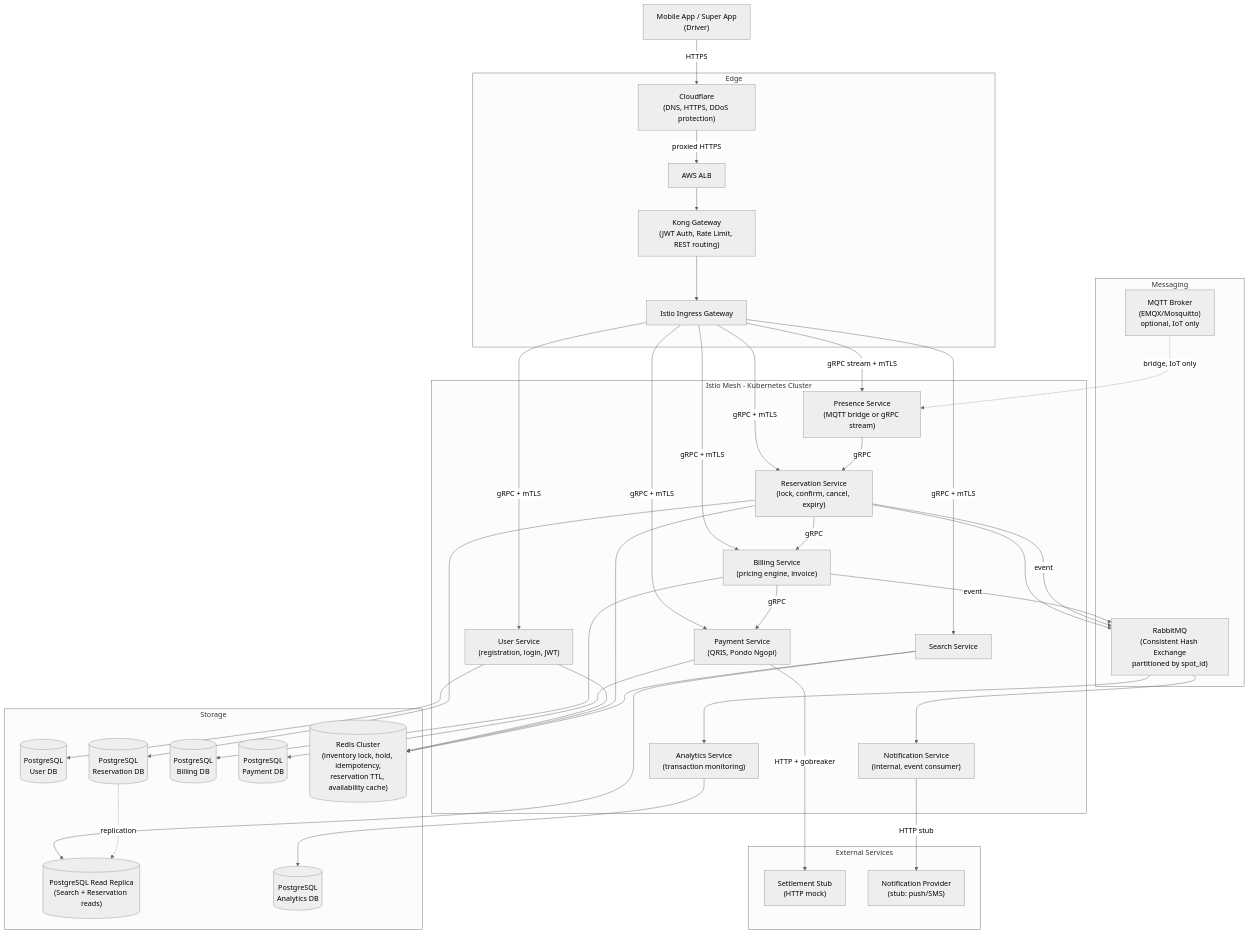
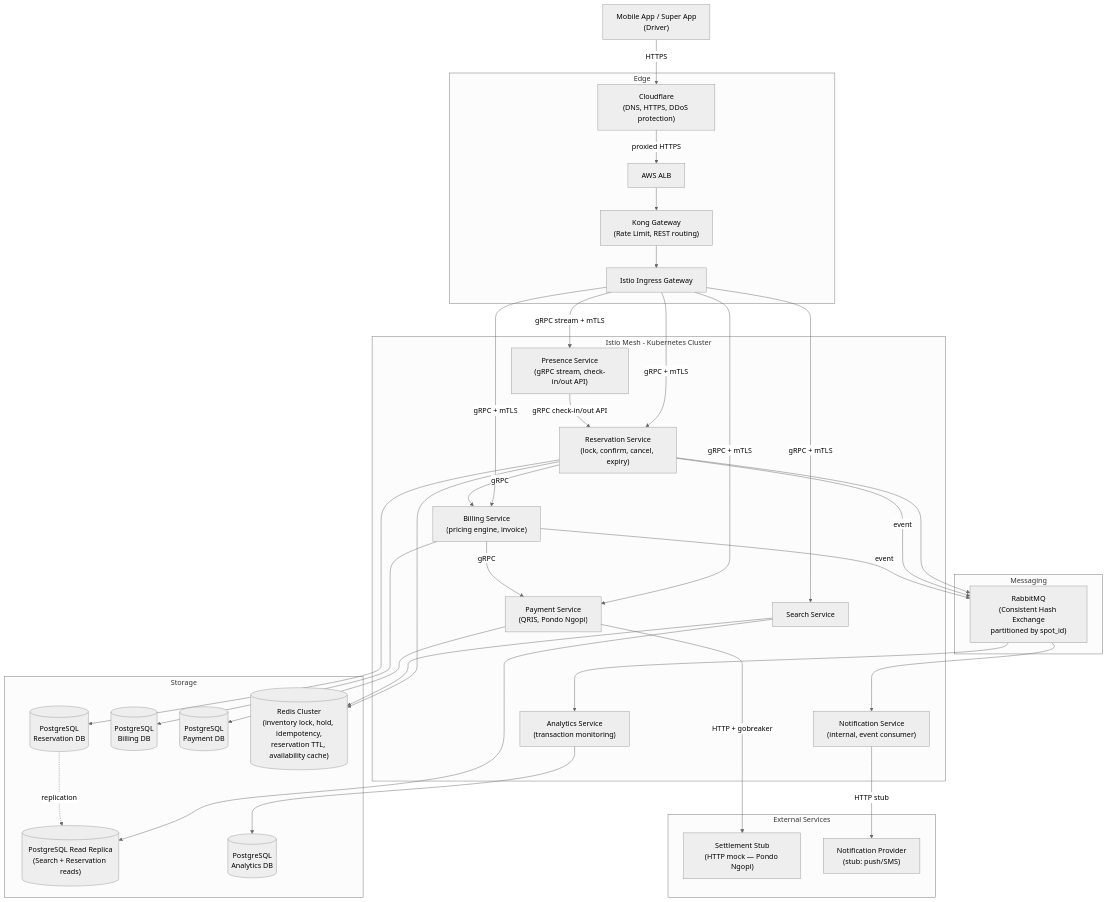
Before and after one commit to ParkirPintar/parkir-pintar-backend: the fifth of 23 diagrams in README.md, drawn with Mermaid (neutral theme). The commit also changed other lines of this file and 42 other files, not shown here.

````diff
--- a/README.md
+++ b/README.md
@@ -250,80 +260,72 @@
 ```mermaid
 graph TD
     Client["Mobile App / Super App\n(Driver)"]
 
     subgraph Edge
         CF["Cloudflare\n(DNS, HTTPS, DDoS protection)"]
         ALB["AWS ALB"]
-        KONG["Kong Gateway\n(JWT Auth, Rate Limit, REST routing)"]
+        KONG["Kong Gateway\n(Rate Limit, REST routing)"]
         IGW["Istio Ingress Gateway"]
     end
 
     subgraph Istio Mesh - Kubernetes Cluster
-        SVC_USER["User Service\n(registration, login, JWT)"]
         SVC_SEARCH["Search Service"]
         SVC_RESERVATION["Reservation Service\n(lock, confirm, cancel, expiry)"]
         SVC_BILLING["Billing Service\n(pricing engine, invoice)"]
         SVC_PAYMENT["Payment Service\n(QRIS, Pondo Ngopi)"]
-        SVC_PRESENCE["Presence Service\n(MQTT bridge or gRPC stream)"]
+        SVC_PRESENCE["Presence Service\n(gRPC stream, check-in/out API)"]
         SVC_NOTIF["Notification Service\n(internal, event consumer)"]
         SVC_ANALYTICS["Analytics Service\n(transaction monitoring)"]
     end
 
     subgraph External Services
-        EXT_SETTLEMENT["Settlement Stub\n(HTTP mock)"]
+        EXT_SETTLEMENT["Settlement Stub\n(HTTP mock — Pondo Ngopi)"]
         EXT_NOTIF["Notification Provider\n(stub: push/SMS)"]
     end
 
     subgraph Storage
-        PG_USER[("PostgreSQL\nUser DB")]
         PG_RESERVATION[("PostgreSQL\nReservation DB")]
         PG_BILLING[("PostgreSQL\nBilling DB")]
         PG_PAYMENT[("PostgreSQL\nPayment DB")]
         PG_REPLICA[("PostgreSQL Read Replica\n(Search + Reservation reads)")]
         REDIS[("Redis Cluster\n(inventory lock, hold, idempotency,\nreservation TTL, availability cache)")]
         PG_ANALYTICS[("PostgreSQL\nAnalytics DB")]
     end
 
     subgraph Messaging
         RMQ["RabbitMQ\n(Consistent Hash Exchange\npartitioned by spot_id)"]
-        MQTT["MQTT Broker\n(EMQX/Mosquitto)\noptional, IoT only"]
     end
 
     Client -->|HTTPS| CF
     CF -->|proxied HTTPS| ALB
     ALB --> KONG
     KONG --> IGW
-    IGW -->|gRPC + mTLS| SVC_USER
     IGW -->|gRPC + mTLS| SVC_SEARCH
     IGW -->|gRPC + mTLS| SVC_RESERVATION
     IGW -->|gRPC + mTLS| SVC_BILLING
     IGW -->|gRPC + mTLS| SVC_PAYMENT
     IGW -->|gRPC stream + mTLS| SVC_PRESENCE
 
     SVC_RESERVATION -->|gRPC| SVC_BILLING
     SVC_BILLING -->|gRPC| SVC_PAYMENT
-    SVC_PRESENCE -->|gRPC| SVC_RESERVATION
+    SVC_PRESENCE -->|gRPC check-in/out API| SVC_RESERVATION
 
-    SVC_USER --> PG_USER
-    SVC_USER --> REDIS
     SVC_RESERVATION --> REDIS
     SVC_RESERVATION --> PG_RESERVATION
     SVC_RESERVATION --> RMQ
     SVC_BILLING --> PG_BILLING
     SVC_PAYMENT --> PG_PAYMENT
     SVC_SEARCH --> PG_REPLICA
     SVC_SEARCH --> REDIS
-
-    MQTT -.->|bridge, IoT only| SVC_PRESENCE
 
     SVC_RESERVATION -->|event| RMQ
     SVC_BILLING -->|event| RMQ
     RMQ --> SVC_NOTIF
 
     SVC_PAYMENT -->|HTTP + gobreaker| EXT_SETTLEMENT
     SVC_NOTIF -->|HTTP stub| EXT_NOTIF
     RMQ --> SVC_ANALYTICS
     SVC_ANALYTICS --> PG_ANALYTICS
 
     PG_RESERVATION -.->|replication| PG_REPLICA
 ```
````
